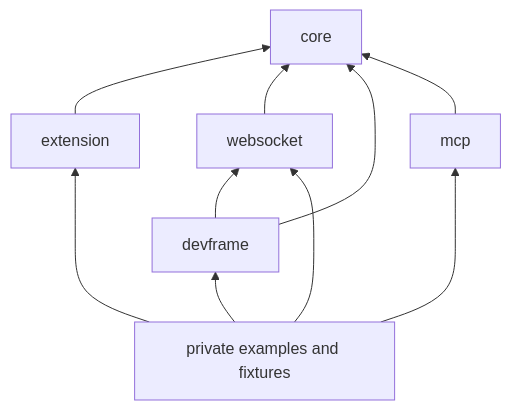
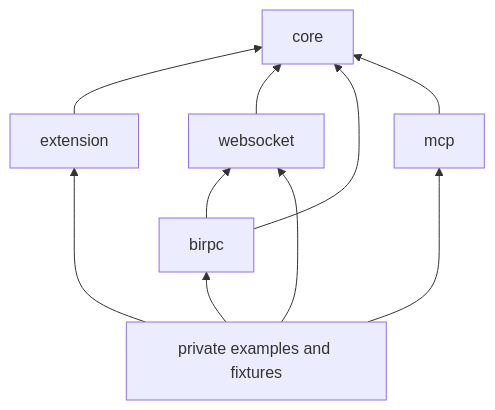
One commit to dvcol/chrome-debugger-bridge changed the second of 2 diagrams in implementation-plan.md. Above: the diagram before and after it, drawn with Mermaid. The commit also changed other lines of this file and 24 other files, not shown here.

````diff
--- a/implementation-plan.md
+++ b/implementation-plan.md
@@ -114,12 +114,12 @@
 ```mermaid
 flowchart BT
   Extension["extension"] --> Core["core"]
   WebSocket["websocket"] --> Core
-  Devframe["devframe"] --> Core
-  Devframe --> WebSocket
+  Birpc["birpc"] --> Core
+  Birpc --> WebSocket
   MCP["mcp"] --> Core
   Examples["private examples and fixtures"] --> Extension
   Examples --> WebSocket
-  Examples --> Devframe
+  Examples --> Birpc
   Examples --> MCP
 ```
````
